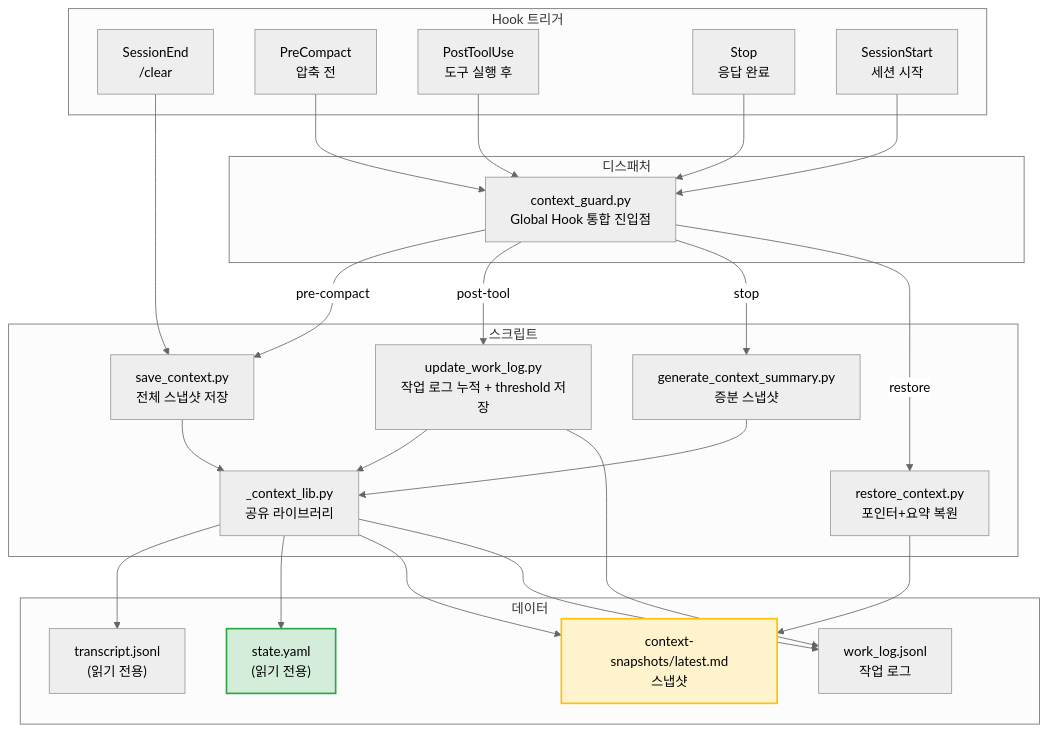
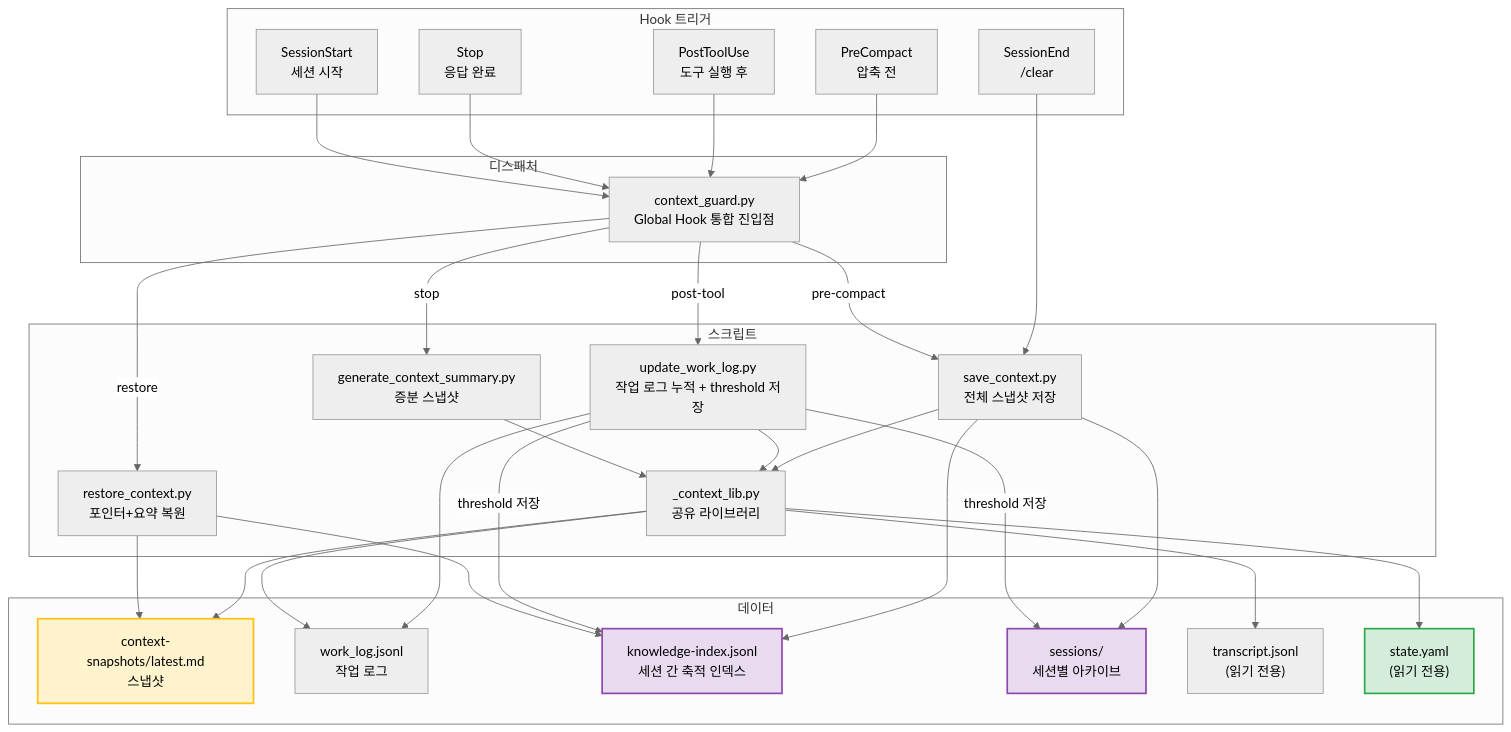
Before and after one commit to oogisoogi/AgenticWorkflow: the sixth of 12 diagrams in AGENTICWORKFLOW-ARCHITECTURE-AND-PHILOSOPHY.md, drawn with Mermaid (neutral theme). The commit also changed other lines of this file and 9 other files, not shown here.

````diff
--- a/AGENTICWORKFLOW-ARCHITECTURE-AND-PHILOSOPHY.md
+++ b/AGENTICWORKFLOW-ARCHITECTURE-AND-PHILOSOPHY.md
@@ -611,53 +613,62 @@
 ```mermaid
 graph TB
     subgraph "Hook 트리거"
         SE["SessionEnd<br/>/clear"]
         PC["PreCompact<br/>압축 전"]
         PTU["PostToolUse<br/>도구 실행 후"]
         ST["Stop<br/>응답 완료"]
         SS["SessionStart<br/>세션 시작"]
     end
 
     subgraph "디스패처"
         CG["context_guard.py<br/>Global Hook 통합 진입점"]
     end
 
     subgraph "스크립트"
         SAVE["save_context.py<br/>전체 스냅샷 저장"]
         UWL["update_work_log.py<br/>작업 로그 누적 + threshold 저장"]
         GCS["generate_context_summary.py<br/>증분 스냅샷"]
         REST["restore_context.py<br/>포인터+요약 복원"]
         LIB["_context_lib.py<br/>공유 라이브러리"]
     end
 
     subgraph "데이터"
         SNAP["context-snapshots/latest.md<br/>스냅샷"]
         WLOG["work_log.jsonl<br/>작업 로그"]
+        KI["knowledge-index.jsonl<br/>세션 간 축적 인덱스"]
+        SESS["sessions/<br/>세션별 아카이브"]
         TRANS["transcript.jsonl<br/>(읽기 전용)"]
         SOT2["state.yaml<br/>(읽기 전용)"]
     end
 
     SE --> SAVE
     PC --> CG
     PTU --> CG
     ST --> CG
     SS --> CG
     CG -->|pre-compact| SAVE
     CG -->|post-tool| UWL
     CG -->|stop| GCS
     CG -->|restore| REST
 
     SAVE --> LIB
     UWL --> LIB
     GCS --> LIB
 
     LIB --> TRANS
     LIB --> SOT2
     LIB --> SNAP
     UWL --> WLOG
     LIB --> WLOG
+    SAVE --> KI
+    SAVE --> SESS
+    UWL -->|"threshold 저장"| KI
+    UWL -->|"threshold 저장"| SESS
     REST --> SNAP
+    REST --> KI
 
     style SOT2 fill:#d4edda,stroke:#28a745,stroke-width:2px
     style SNAP fill:#fff3cd,stroke:#ffc107,stroke-width:2px
+    style KI fill:#e8daef,stroke:#8e44ad,stroke-width:2px
+    style SESS fill:#e8daef,stroke:#8e44ad,stroke-width:2px
 ```
````
